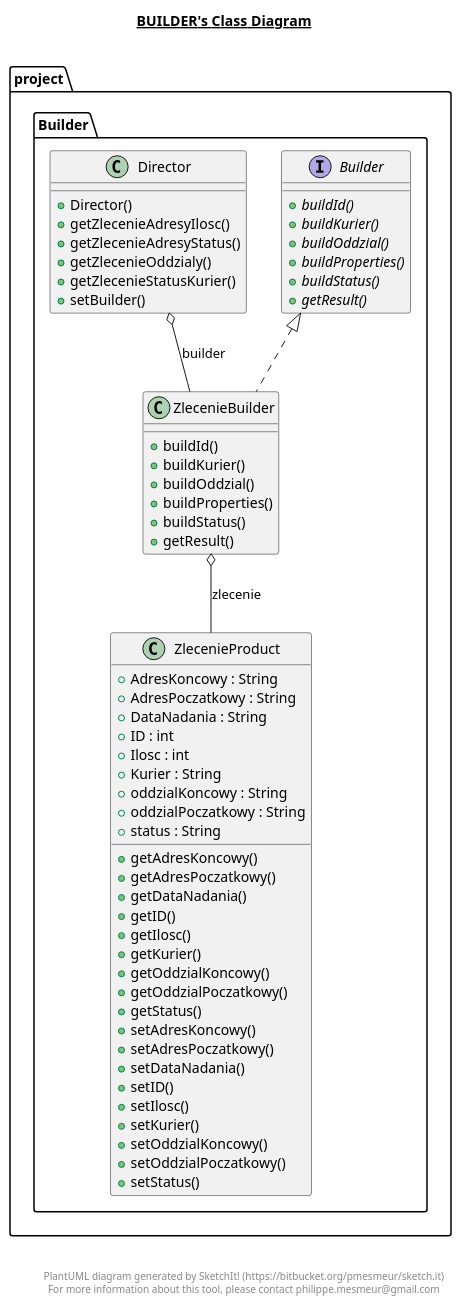
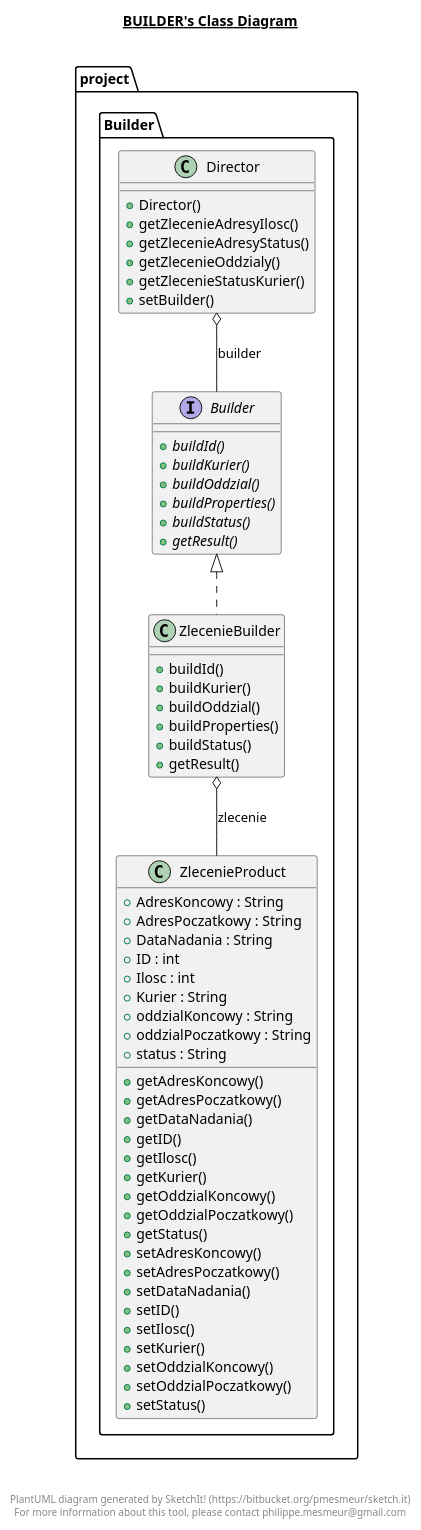
One commit to kplusa/Firma-Transportowa changed the diagram in src/project/Builder/Builder.plantuml. Above: the diagram before and after it, drawn with PlantUML. The commit also changed 5 other files, not shown here.

```diff
--- a/src/project/Builder/Builder.plantuml
+++ b/src/project/Builder/Builder.plantuml
@@ -1,94 +1,94 @@
 @startuml
 
 title __BUILDER's Class Diagram__\n
 
   namespace project {
     namespace Builder {
       interface project.Builder.Builder {
           {abstract} + buildId()
           {abstract} + buildKurier()
           {abstract} + buildOddzial()
           {abstract} + buildProperties()
           {abstract} + buildStatus()
           {abstract} + getResult()
       }
     }
   }
   
 
   namespace project {
     namespace Builder {
       class project.Builder.Director {
           + Director()
           + getZlecenieAdresyIlosc()
           + getZlecenieAdresyStatus()
           + getZlecenieOddzialy()
           + getZlecenieStatusKurier()
           + setBuilder()
       }
     }
   }
   
 
   namespace project {
     namespace Builder {
       class project.Builder.ZlecenieBuilder {
           + buildId()
           + buildKurier()
           + buildOddzial()
           + buildProperties()
           + buildStatus()
           + getResult()
       }
     }
   }
   
 
   namespace project {
     namespace Builder {
       class project.Builder.ZlecenieProduct {
           + AdresKoncowy : String
           + AdresPoczatkowy : String
           + DataNadania : String
           + ID : int
           + Ilosc : int
           + Kurier : String
           + oddzialKoncowy : String
           + oddzialPoczatkowy : String
           + status : String
           + getAdresKoncowy()
           + getAdresPoczatkowy()
           + getDataNadania()
           + getID()
           + getIlosc()
           + getKurier()
           + getOddzialKoncowy()
           + getOddzialPoczatkowy()
           + getStatus()
           + setAdresKoncowy()
           + setAdresPoczatkowy()
           + setDataNadania()
           + setID()
           + setIlosc()
           + setKurier()
           + setOddzialKoncowy()
           + setOddzialPoczatkowy()
           + setStatus()
       }
     }
   }
   
 
-  project.Builder.Director o-- project.Builder.ZlecenieBuilder : builder
+  project.Builder.Director o-- project.Builder.Builder : builder
   project.Builder.ZlecenieBuilder .up.|> project.Builder.Builder
   project.Builder.ZlecenieBuilder o-- project.Builder.ZlecenieProduct : zlecenie
 
 
 right footer
 
 
 PlantUML diagram generated by SketchIt! (https://bitbucket.org/pmesmeur/sketch.it)
 For more information about this tool, please contact philippe.mesmeur@gmail.com
 endfooter
 
 @enduml
```
